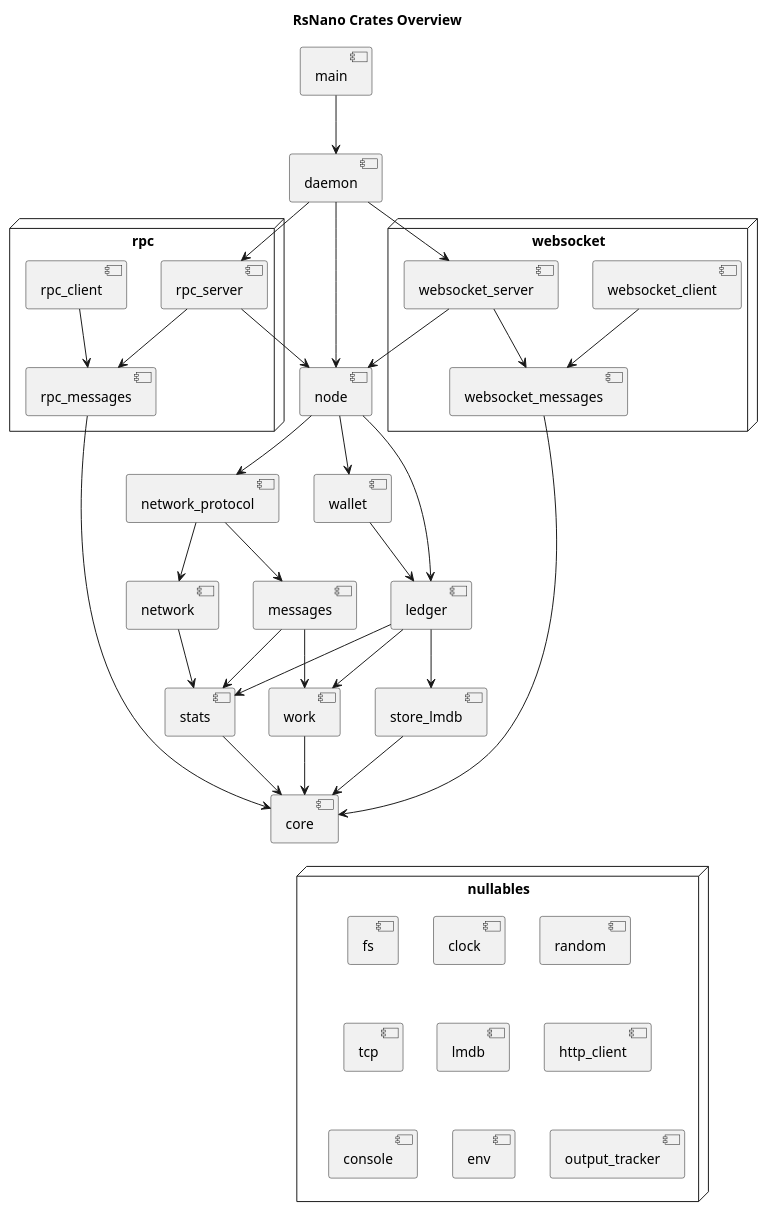
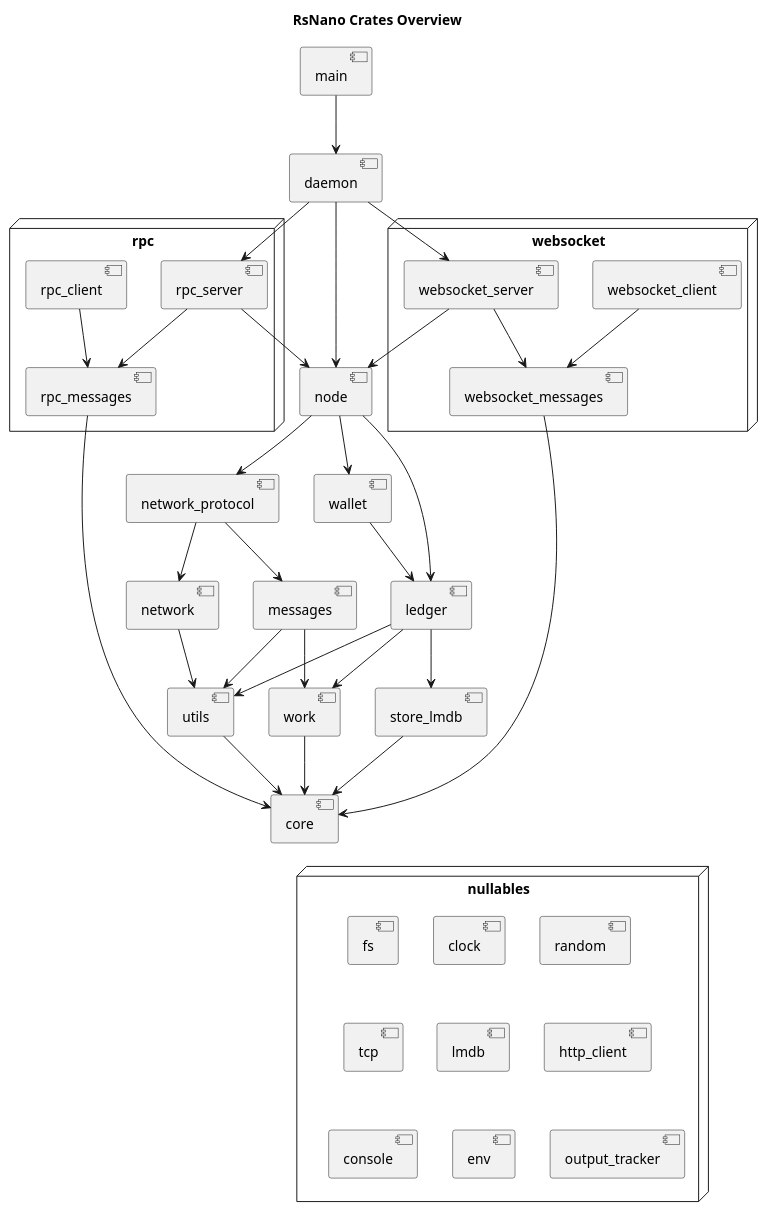
The diagram in doc/crates.puml (RickiNano/nano-node), drawn with PlantUML before and after one commit. The commit also changed 125 other files, not shown here.

Commit message:
Change stats crate into utils crate

```diff
--- a/doc/crates.puml
+++ b/doc/crates.puml
@@ -1,69 +1,69 @@
 @startuml
 title RsNano Crates Overview
 
 [core]
 [work]
-[stats]
+[utils]
 [ledger]
 [store_lmdb]
 [messages]
 [network]
 [network_protocol]
 [daemon]
 [node]
 [main]
 [wallet]
 
 node "rpc"{
 [rpc_messages]
 [rpc_server]
 [rpc_client]
 }
 
 node "websocket"{
 [websocket_messages]
 [websocket_server]
 [websocket_client]
 }
 
 node "nullables" {
 [fs]
 [clock]
 [random]
 [tcp]
 [lmdb]
 [http_client]
 [console]
 [env]
 [output_tracker]
 }
 
 [main] --> [daemon]
 [daemon] --> [node]
 [daemon] --> [rpc_server]
 [daemon] --> [websocket_server]
 [rpc_server] --> [node]
 [rpc_server] --> [rpc_messages]
 [rpc_client] --> [rpc_messages]
 [rpc_messages] --> [core]
 [node] --> [ledger]
 [node] --> [network_protocol]
 [node] --> [wallet]
 [network_protocol] --> messages
 [network_protocol] --> network
 [websocket_server] --> [websocket_messages]
 [websocket_server] --> [node]
 [websocket_messages] --> [core]
 [websocket_client] --> [websocket_messages]
 [messages] --> [work]
-[messages] --> [stats]
-[network] --> [stats]
+[messages] --> [utils]
+[network] --> [utils]
 [ledger] --> [store_lmdb]
 [ledger] --> [work]
-[ledger] --> [stats]
+[ledger] --> [utils]
 [store_lmdb] --> [core]
 [work] --> [core]
-[stats] --> [core]
+[utils] --> [core]
 [wallet] --> [ledger]
 [core] -[hidden]-> "nullables"
 @enduml
```
